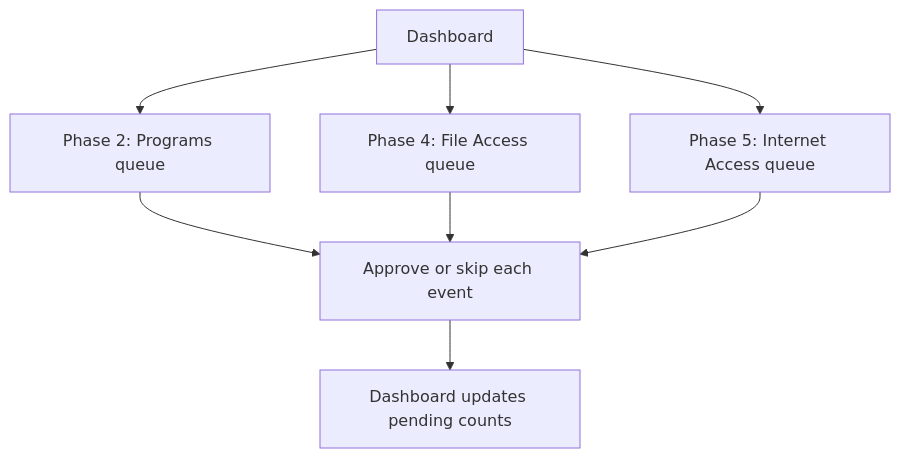
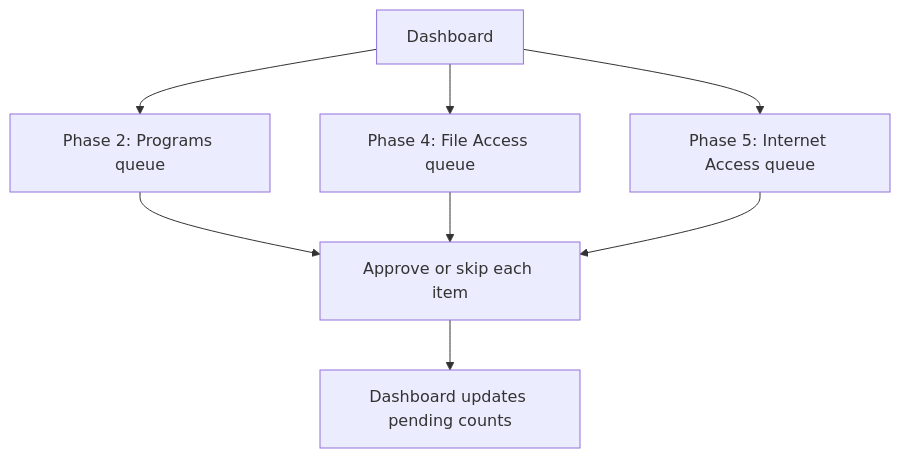
The diagram in content/en/docs/allowlisting/_index.md (HeartSecuritySuite/heartsuite-docs), drawn with Mermaid before and after one commit. The commit also changed other lines of this file and 28 other files, not shown here.

````diff
--- a/content/en/docs/allowlisting/_index.md
+++ b/content/en/docs/allowlisting/_index.md
@@ -13,10 +13,10 @@
 ```mermaid
 graph TD
     A[Dashboard] --> B[Phase 2: Programs queue]
     A --> C[Phase 4: File Access queue]
     A --> D[Phase 5: Internet Access queue]
-    B --> E[Approve or skip each event]
+    B --> E[Approve or skip each item]
     C --> E
     D --> E
     E --> F[Dashboard updates pending counts]
 ```
````
